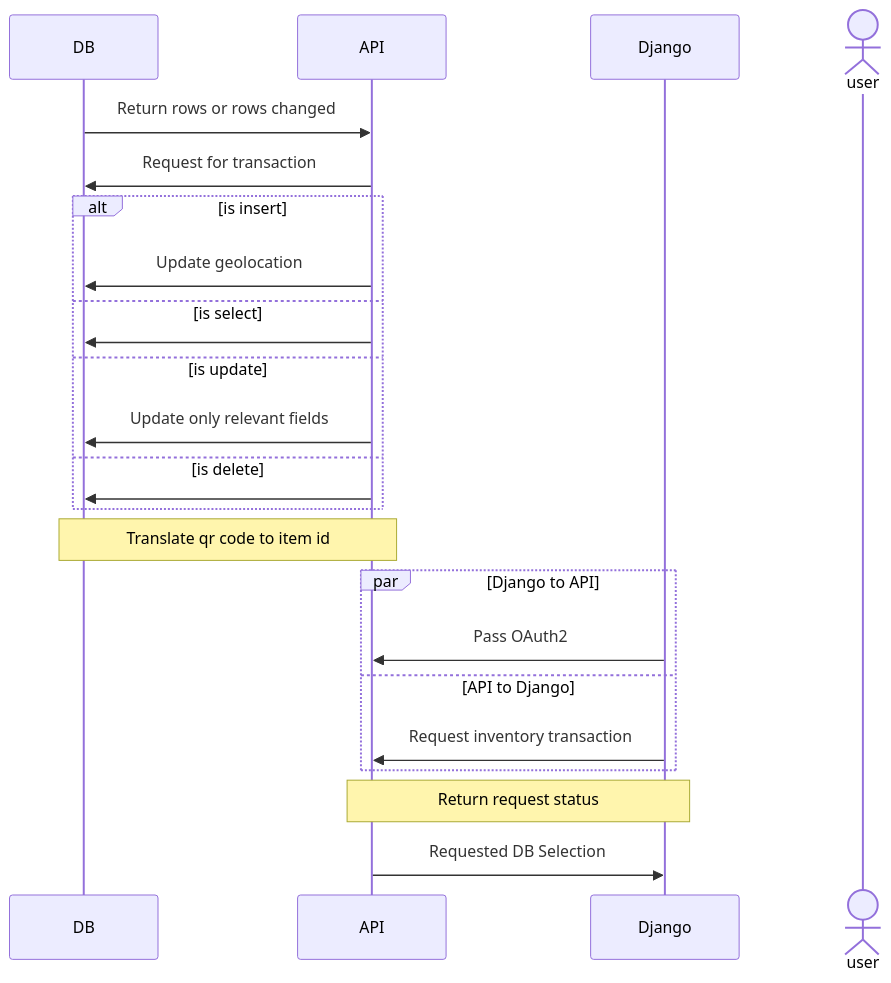
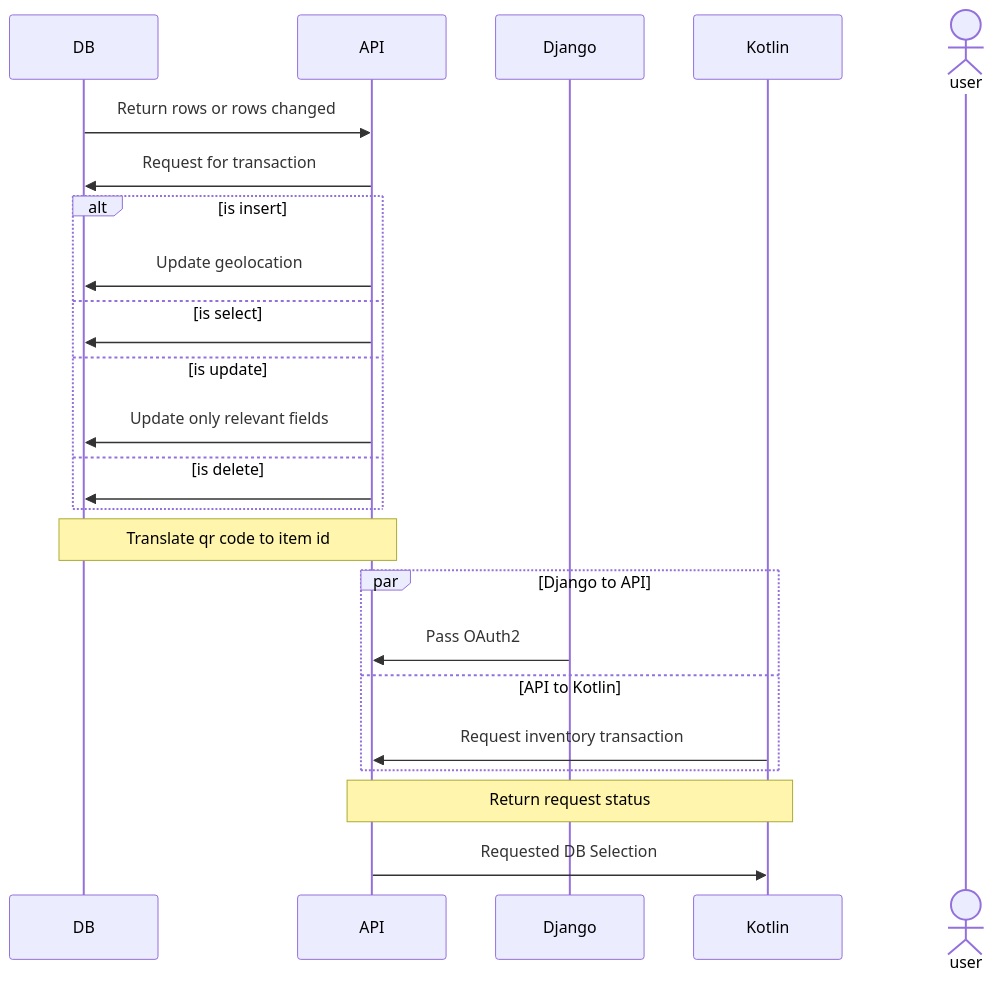
The diagram in README.md (Andrew-Shepard/qstars-android-ui), drawn with Mermaid before and after one commit.

Commit message:
I changed all wording of DJango into Kotlin

````diff
--- a/README.md
+++ b/README.md
@@ -4,23 +4,23 @@
 ```mermaid
 sequenceDiagram
 DB->>API: Return rows or rows changed
 API->>DB: Request for transaction
 alt is insert
     API->>DB: Update geolocation
 else is select
     API->>DB: 
 else is update
     API->>DB: Update only relevant fields
 else is delete
     API->>DB: 
 end
 Note over API,DB: Translate qr code to item id
 par Django to API
     Django->>API: Pass OAuth2
-and API to Django
-    Django->>API: Request inventory transaction
+and API to Kotlin
+    Kotlin->>API: Request inventory transaction
 end
-Note over Django,API: Return request status
-API->>Django: Requested DB Selection
+Note over Kotlin,API: Return request status
+API->>Kotlin: Requested DB Selection
 actor user
 ```
````
